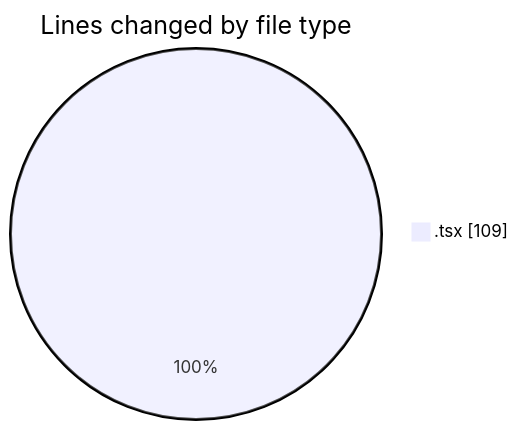
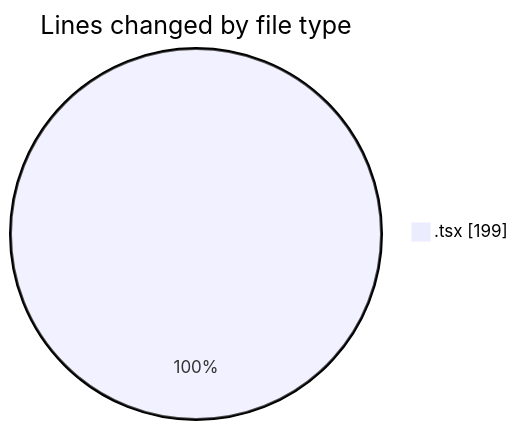
One commit to julien-gomy/code-tracking changed the first of 2 diagrams in 2025-10-17/eventscop-frontend-guide__workspace_/README.md. Above: the diagram before and after it, drawn with Mermaid. The commit also changed other lines of this file and 1 other file, not shown here.

````diff
--- a/2025-10-17/eventscop-frontend-guide__workspace_/README.md
+++ b/2025-10-17/eventscop-frontend-guide__workspace_/README.md
@@ -22,5 +23,5 @@
 ```mermaid
 pie showData
 title Lines changed by file type
-".tsx" : 109
+".tsx" : 199
 ```
````
